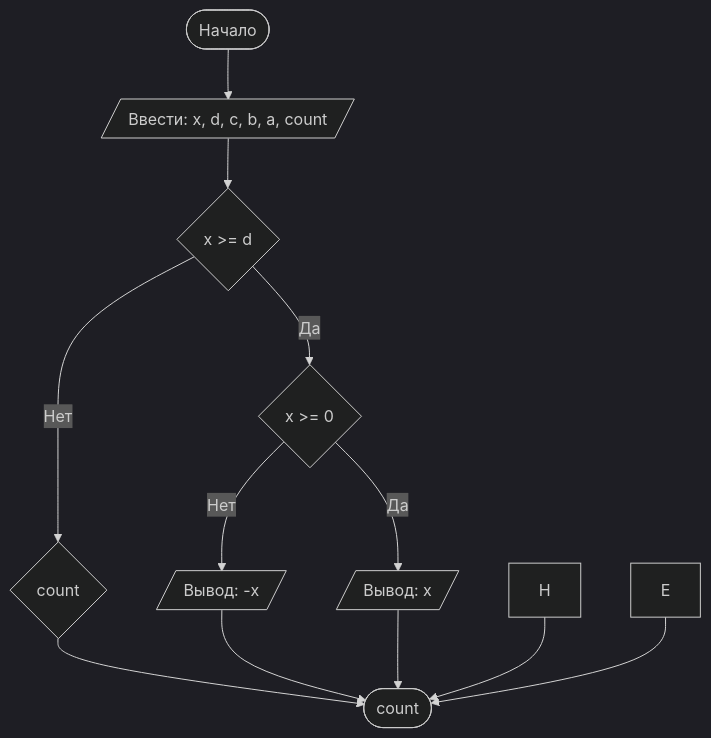
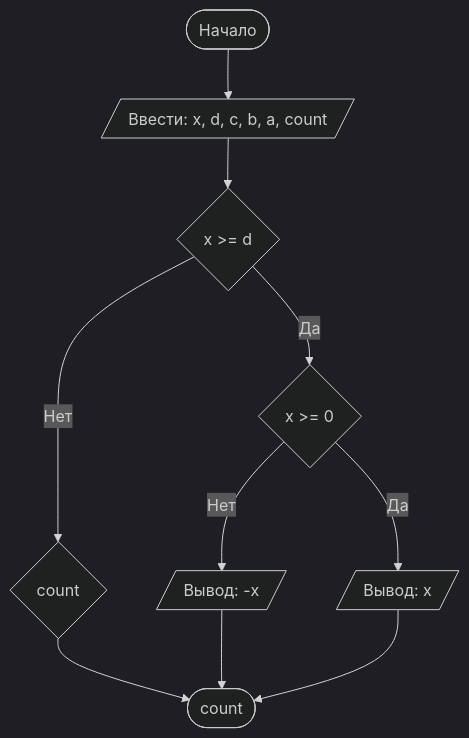
The diagram in README.md (yantselovskiy5667/Lab1), drawn with Mermaid (dark theme) before and after one commit.

````diff
--- a/README.md
+++ b/README.md
@@ -117,15 +117,14 @@
 ```mermaid
 graph TD
     A([Начало]) --> B[/Ввести: x, d, c, b, a, count /]
     B --> C{x >= d}
     C -- Нет --> D{count}
-    D -->Z
+    D -->Z([count])
     C -- Да --> I{x >= 0}
     I -- Нет --> J[/Вывод: -x/]
     I -- Да --> K[/Вывод: x/]
     J --> Z
     K --> Z
-    H --> Z
-    E --> Z([count])
+    
 
 ```
````
